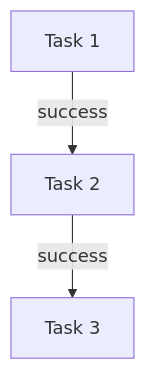
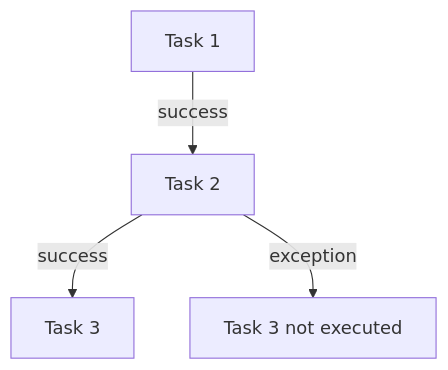
Before and after one commit to AvadhBhalodiya/Interview-Preparation: the sixth of 7 diagrams in src/content/fastapi/background-tasks.md, drawn with Mermaid. The commit also changed other lines of this file and 113 other files, not shown here.

````diff
--- a/src/content/fastapi/background-tasks.md
+++ b/src/content/fastapi/background-tasks.md
@@ -406,5 +398,6 @@
 ```mermaid
 flowchart TD
     T1[Task 1] -->|success| T2[Task 2]
     T2 -->|success| T3[Task 3]
+    T2 -->|exception| X[Task 3 not executed]
 ```
````
